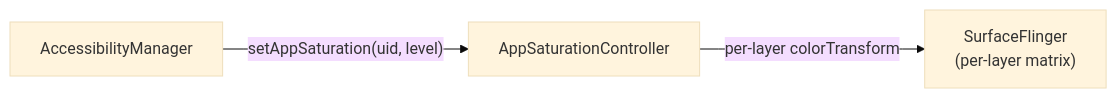
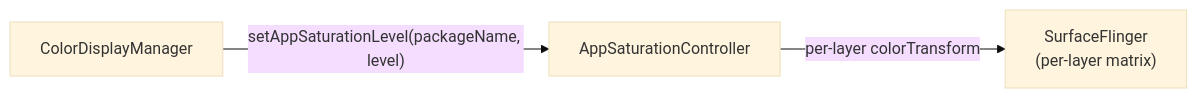
One commit to aospbooks/aosp-internal-book changed diagram 35 of 43 in agents/claude/skills/aosp-framework-core/24-display-system.md. Above: the diagram before and after it, drawn with Mermaid (base theme). The commit also changed other lines of this file and 218 other files, not shown here.

````diff
--- a/agents/claude/skills/aosp-framework-core/24-display-system.md
+++ b/agents/claude/skills/aosp-framework-core/24-display-system.md
@@ -2680,5 +2738,5 @@
 ```mermaid
 graph LR
-    A11Y["AccessibilityManager"] -->|"setAppSaturation(uid, level)"| ASC["AppSaturationController"]
+    CDM["ColorDisplayManager"] -->|"setAppSaturationLevel(packageName, level)"| ASC["AppSaturationController"]
     ASC -->|"per-layer colorTransform"| SF7["SurfaceFlinger<br/>(per-layer matrix)"]
 ```
````
